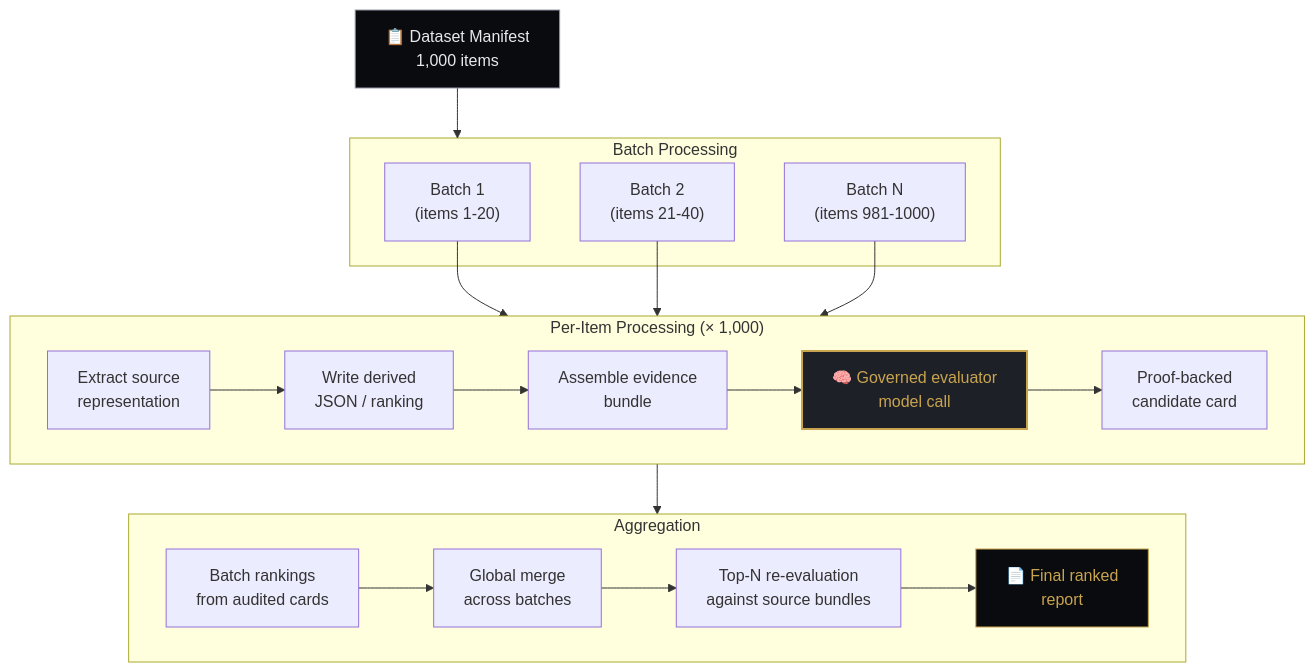
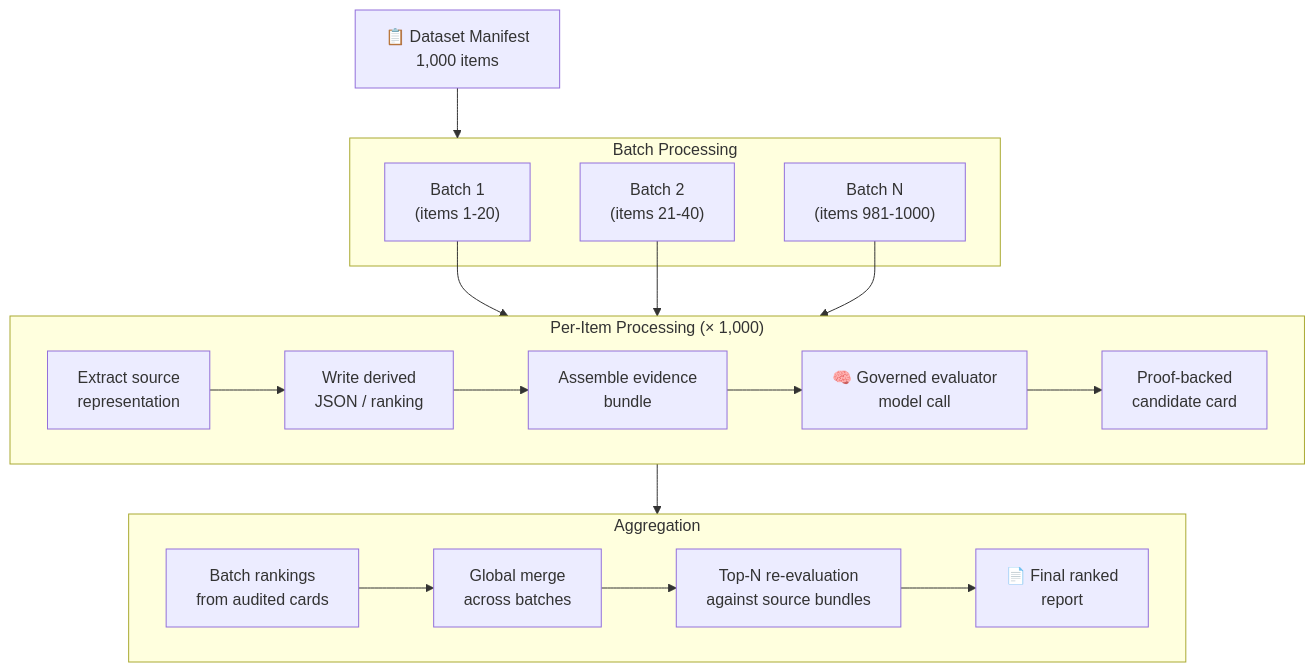
The eighth of 10 diagrams in docs/diagrams-draft.md (amadalis-ai/forge-architecture), drawn with Mermaid before and after one commit. The commit also changed other lines of this file, not shown here.

Commit message:
Remove custom dark styling from diagrams — use GitHub default theme for visibility

````diff
--- a/docs/diagrams-draft.md
+++ b/docs/diagrams-draft.md
@@ -277,39 +243,35 @@
 ```mermaid
 flowchart TB
     DS["📋 Dataset Manifest\n1,000 items"]
 
     subgraph BATCHES["Batch Processing"]
         B1["Batch 1\n(items 1-20)"]
         B2["Batch 2\n(items 21-40)"]
         BN["Batch N\n(items 981-1000)"]
     end
 
     subgraph ITEM["Per-Item Processing (× 1,000)"]
         I1["Extract source\nrepresentation"]
         I2["Write derived\nJSON / ranking"]
         I3["Assemble evidence\nbundle"]
         I4["🧠 Governed evaluator\nmodel call"]
         I5["Proof-backed\ncandidate card"]
 
         I1 --> I2 --> I3 --> I4 --> I5
     end
 
     subgraph AGG["Aggregation"]
         A1["Batch rankings\nfrom audited cards"]
         A2["Global merge\nacross batches"]
         A3["Top-N re-evaluation\nagainst source bundles"]
         A4["📄 Final ranked\nreport"]
 
         A1 --> A2 --> A3 --> A4
     end
 
     DS --> BATCHES
     B1 --> ITEM
     B2 --> ITEM
     BN --> ITEM
     ITEM --> AGG
-
-    style I4 fill:#1e2028,stroke:#c8a44e,color:#c8a44e,stroke-width:2px
-    style DS fill:#0a0b0f,stroke:#9498a8,color:#e8e9ed
-    style A4 fill:#0a0b0f,stroke:#c8a44e,color:#c8a44e
 ```
````
